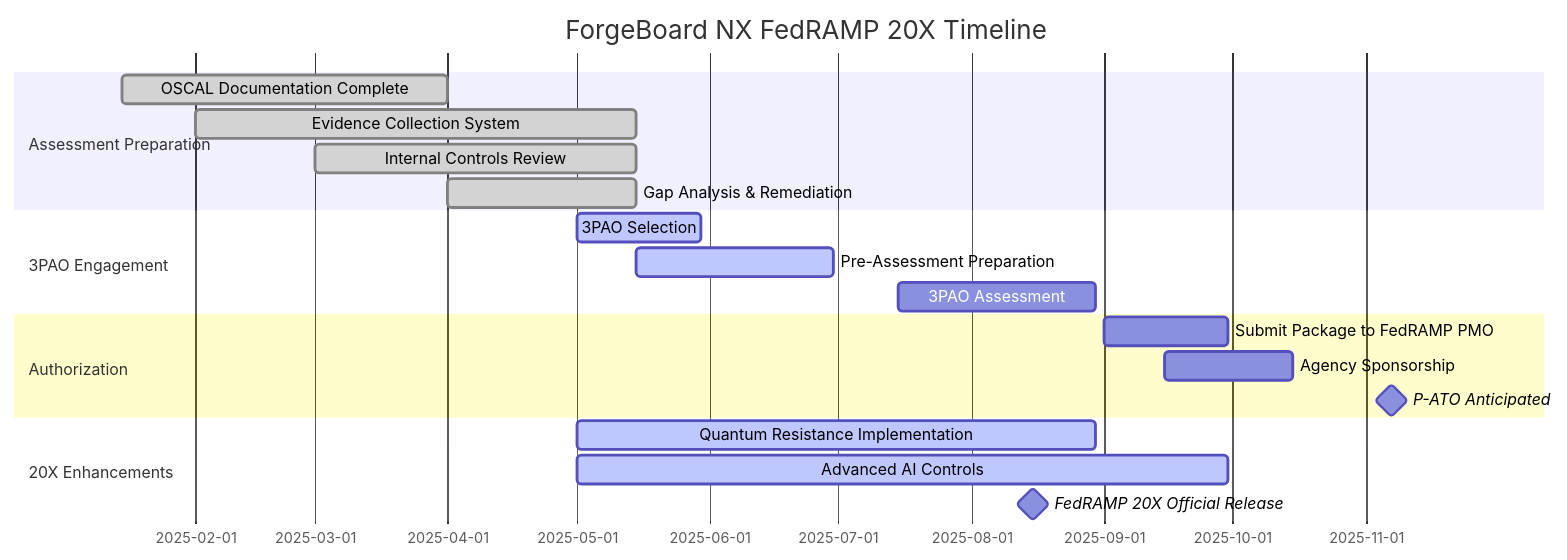
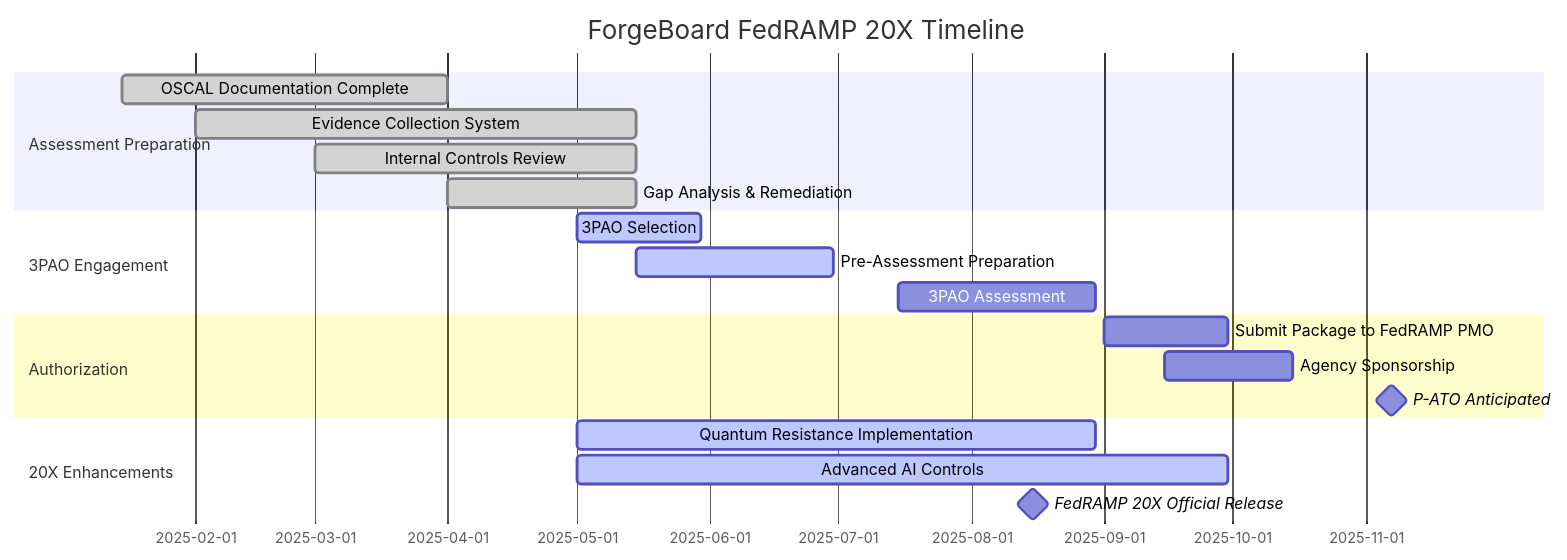
One commit to JeffreySanford/forge-board changed the diagram in forgeboard-frontend/src/assets/documentation/PROJECT-STATUS.md. Above: the diagram before and after it, drawn with Mermaid. The commit also changed other lines of this file and 64 other files, not shown here.

````diff
--- a/forgeboard-frontend/src/assets/documentation/PROJECT-STATUS.md
+++ b/forgeboard-frontend/src/assets/documentation/PROJECT-STATUS.md
@@ -50,22 +72,22 @@
 ```mermaid
 gantt
-    title ForgeBoard NX FedRAMP 20X Timeline
+    title ForgeBoard FedRAMP 20X Timeline
     dateFormat  YYYY-MM-DD
     section Assessment Preparation
     OSCAL Documentation Complete         :done, 2025-01-15, 2025-04-01
     Evidence Collection System           :done, 2025-02-01, 2025-05-15
     Internal Controls Review             :done, 2025-03-01, 2025-05-15
     Gap Analysis & Remediation           :done, 2025-04-01, 2025-05-15
     section 3PAO Engagement
     3PAO Selection                       :active, 2025-05-01, 2025-05-30
     Pre-Assessment Preparation           :active, 2025-05-15, 2025-06-30
     3PAO Assessment                      :2025-07-15, 2025-08-30
     section Authorization
     Submit Package to FedRAMP PMO        :2025-09-01, 2025-09-30
     Agency Sponsorship                   :2025-09-15, 2025-10-15
     P-ATO Anticipated                    :milestone, 2025-11-30
     section 20X Enhancements
     Quantum Resistance Implementation    :active, 2025-05-01, 2025-08-30
     Advanced AI Controls                 :active, 2025-05-01, 2025-09-30
     FedRAMP 20X Official Release         :milestone, 2025-07-01
 ```
````
